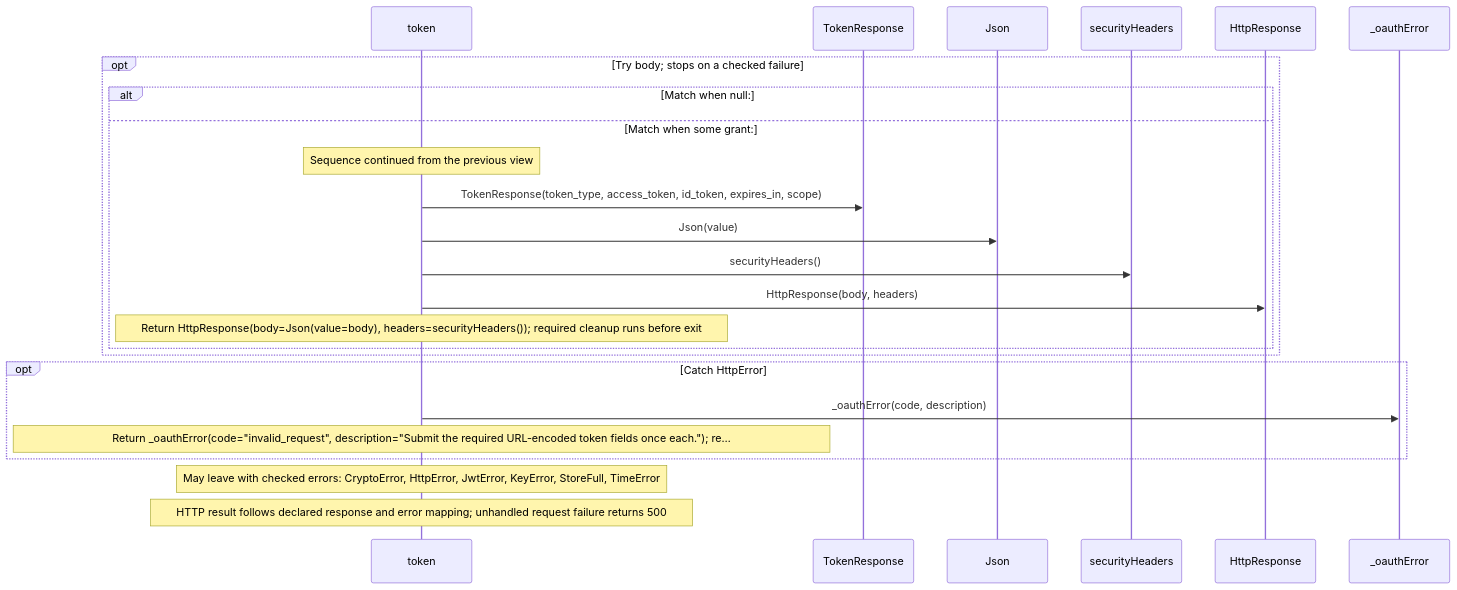
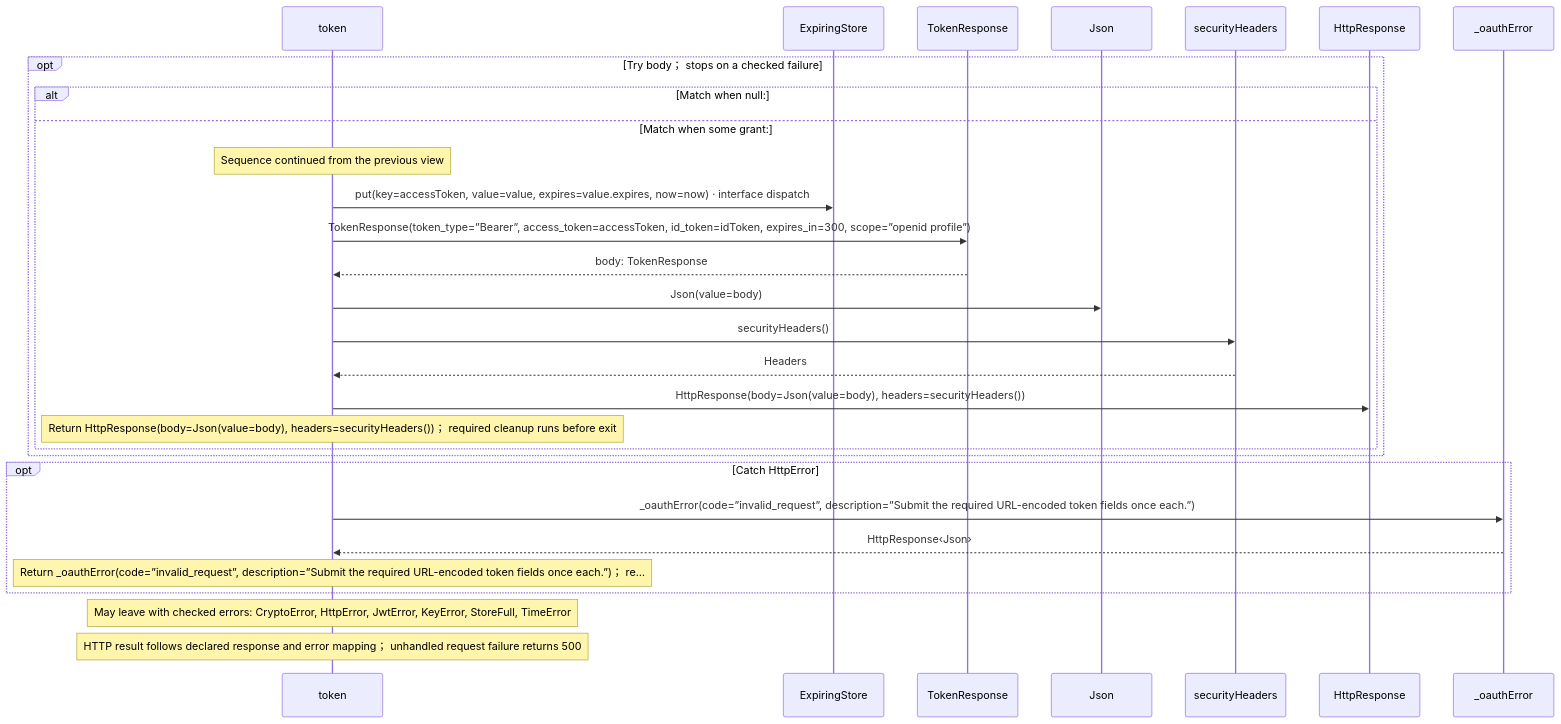
One commit to GreenPandaStudios/augscript changed the sixth of 6 diagrams in docs/examples/oidc-login/provider/token-diagrams.md. Above: the diagram before and after it, drawn with Mermaid. The commit also changed other lines of this file and 524 other files, not shown here.

Commit message:
Explain checked data flow at folder and service levels

````diff
--- a/docs/examples/oidc-login/provider/token-diagrams.md
+++ b/docs/examples/oidc-login/provider/token-diagrams.md
@@ -218,26 +223,31 @@
 ```mermaid
 sequenceDiagram
     participant p0 as token
-    participant p1 as TokenResponse
-    participant p2 as Json
-    participant p3 as securityHeaders
-    participant p4 as HttpResponse
-    participant p5 as _oauthError
-    opt Try body#59; stops on a checked failure
+    participant p1 as ExpiringStore
+    participant p2 as TokenResponse
+    participant p3 as Json
+    participant p4 as securityHeaders
+    participant p5 as HttpResponse
+    participant p6 as _oauthError
+    opt Try body； stops on a checked failure
     alt Match when null:
     else Match when some grant:
     Note over p0: Sequence continued from the previous view
-    p0->>p1: TokenResponse(token_type, access_token, id_token, expires_in, scope)
-    p0->>p2: Json(value)
-    p0->>p3: securityHeaders()
-    p0->>p4: HttpResponse(body, headers)
-    Note over p0: Return HttpResponse(body=Json(value=body), headers=securityHeaders())#59; required cleanup runs before exit
+    p0->>p1: put(key=accessToken, value=value, expires=value.expires, now=now) · interface dispatch
+    p0->>p2: TokenResponse(token_type=”Bearer”, access_token=accessToken, id_token=idToken, expires_in=300, scope=”openid profile”)
+    p2-->>p0: body: TokenResponse
+    p0->>p3: Json(value=body)
+    p0->>p4: securityHeaders()
+    p4-->>p0: Headers
+    p0->>p5: HttpResponse(body=Json(value=body), headers=securityHeaders())
+    Note over p0: Return HttpResponse(body=Json(value=body), headers=securityHeaders())； required cleanup runs before exit
     end
     end
     opt Catch HttpError
-    p0->>p5: _oauthError(code, description)
-    Note over p0: Return _oauthError(code=#34;invalid_request#34;, description=#34;Submit the required URL-encoded token fields once each.#34;)#59; re…
+    p0->>p6: _oauthError(code=”invalid_request”, description=”Submit the required URL-encoded token fields once each.”)
+    p6-->>p0: HttpResponse‹Json›
+    Note over p0: Return _oauthError(code=”invalid_request”, description=”Submit the required URL-encoded token fields once each.”)； re…
     end
     Note over p0: May leave with checked errors: CryptoError, HttpError, JwtError, KeyError, StoreFull, TimeError
-    Note over p0: HTTP result follows declared response and error mapping#59; unhandled request failure returns 500
+    Note over p0: HTTP result follows declared response and error mapping； unhandled request failure returns 500
 ```
````
